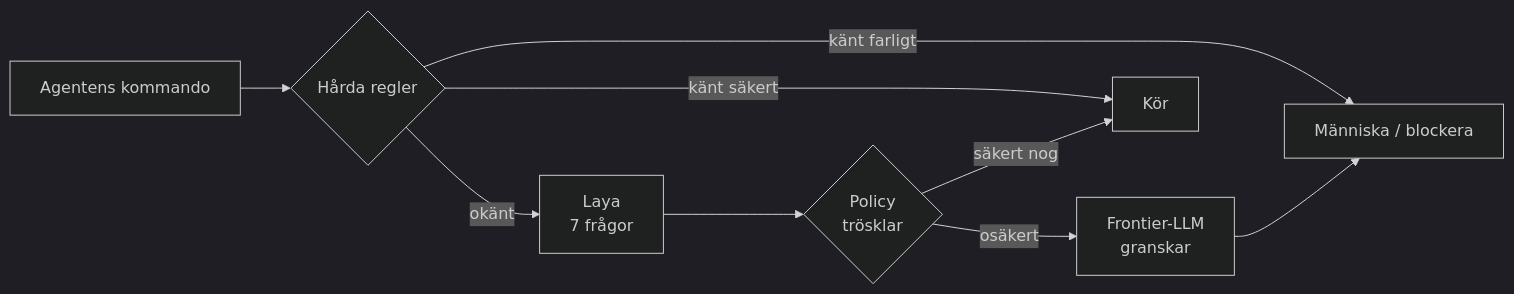
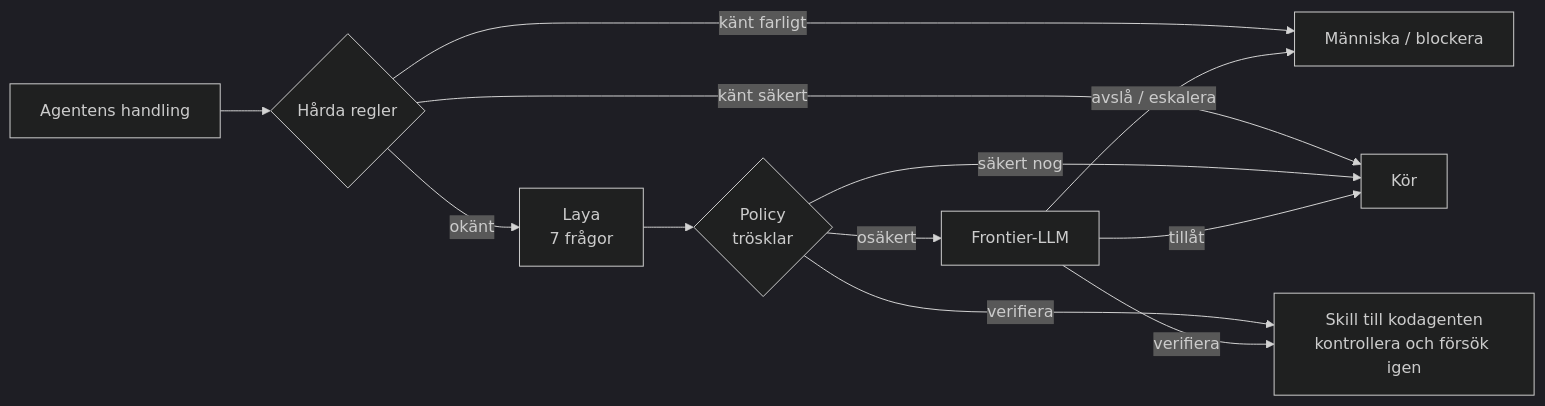
The first of 2 diagrams in presentation/slides.md (morre95/Laya-GuardRails-Harness), drawn with Mermaid (dark theme) before and after one commit. The commit also changed other lines of this file, not shown here.

First line of the commit message:
fix language and enhance flowchart explanations in slides.md

````diff
--- a/presentation/slides.md
+++ b/presentation/slides.md
@@ -59,11 +64,14 @@
-```mermaid {scale: 0.62}
+```mermaid {scale: 0.58}
 flowchart LR
-  A[Agentens kommando] --> R{Hårda regler}
+  A[Agentens handling] --> R{Hårda regler}
   R -- känt farligt --> H[Människa / blockera]
   R -- känt säkert --> OK[Kör]
   R -- okänt --> L[Laya<br/>7 frågor]
   L --> P{Policy<br/>trösklar}
   P -- säkert nog --> OK
-  P -- osäkert --> F[Frontier-LLM<br/>granskar]
-  F --> H
+  P -- osäkert --> F[Frontier-LLM]
+  P -- verifiera --> V[Skill till kodagenten<br/>kontrollera och försök igen]
+  F -- tillåt --> OK
+  F -- verifiera --> V
+  F -- avslå / eskalera --> H
 ```
````
